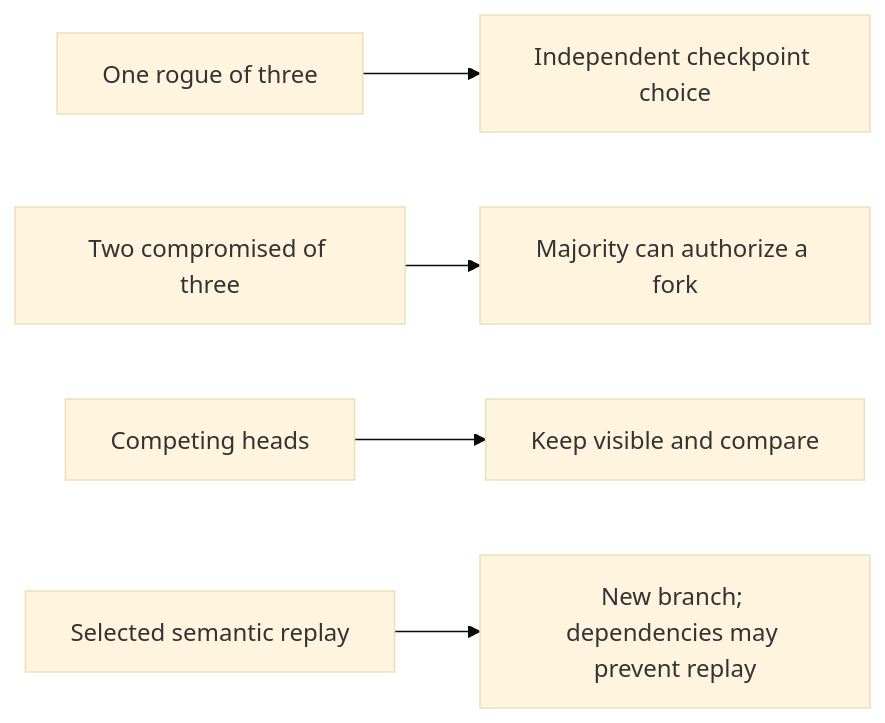
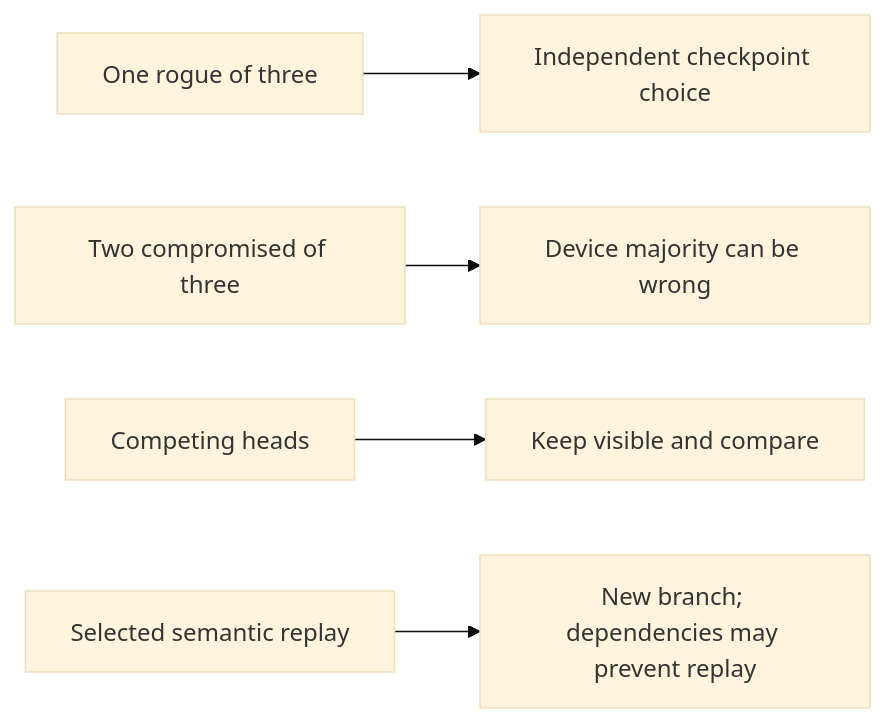
One commit to 0cwa/creative-cooking changed the fifth of 6 diagrams in docs/plans/SYNC-OPTIONS-DIAGRAMS.md. Above: the diagram before and after it, drawn with Mermaid (base theme). The commit also changed other lines of this file and 1 other file, not shown here.

Commit message:
Clarify recovery and device-majority diagram labels

````diff
--- a/docs/plans/SYNC-OPTIONS-DIAGRAMS.md
+++ b/docs/plans/SYNC-OPTIONS-DIAGRAMS.md
@@ -81,12 +81,12 @@
 ```mermaid
 flowchart LR
 
   A0["One rogue of three"] --> B0["Independent checkpoint choice"]
 
-  A1["Two compromised of three"] --> B1["Majority can authorize a fork"]
+  A1["Two compromised of three"] --> B1["Device majority can be wrong"]
 
   A2["Competing heads"] --> B2["Keep visible and compare"]
 
   A3["Selected semantic replay"] --> B3["New branch; dependencies may prevent replay"]
 
 ```
````
